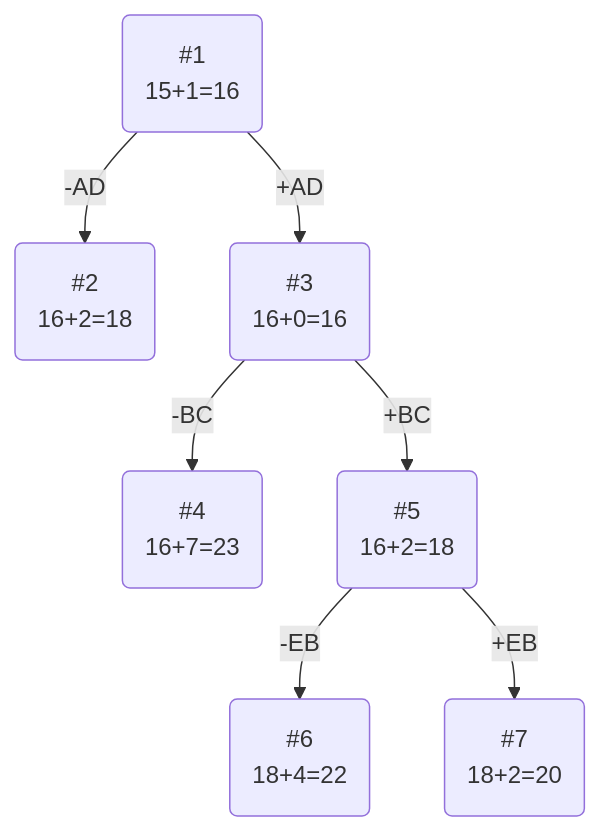
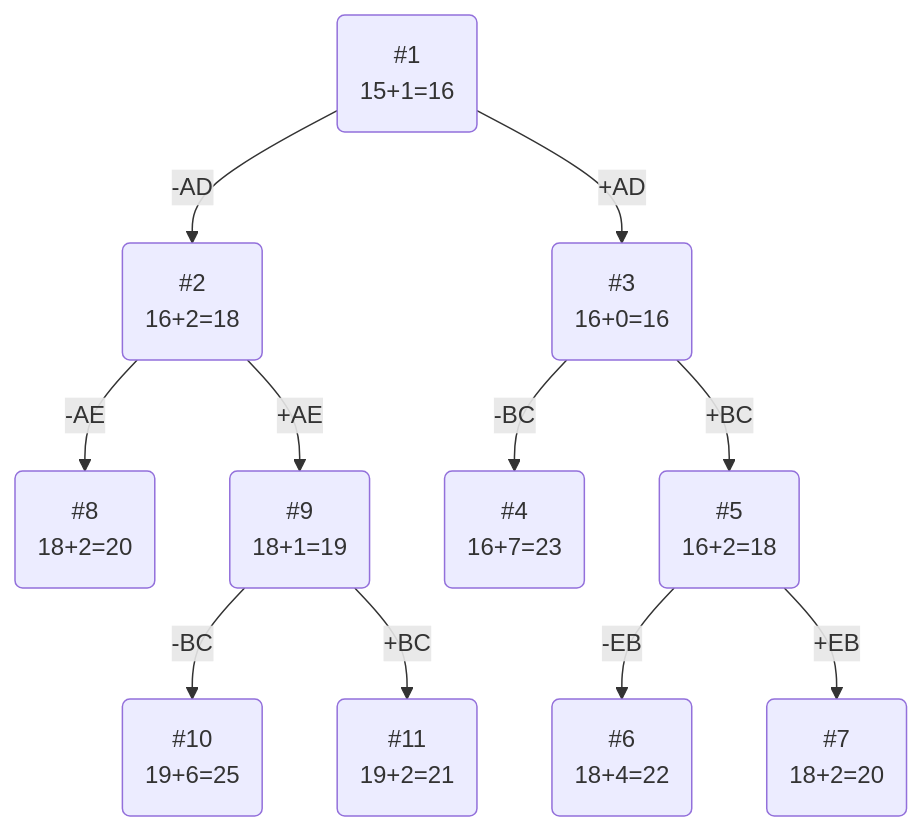
One commit to HSE-algo-23-crow/manual_tasks changed the diagram in task_20/citrine.md. Above: the diagram before and after it, drawn with Mermaid. The commit also changed other lines of this file, not shown here.

````diff
--- a/task_20/citrine.md
+++ b/task_20/citrine.md
@@ -78,9 +78,13 @@
 ```mermaid
 graph TB
     1(#1\n15+1=16)-->|-AD|2(#2\n16+2=18)
     1-->|+AD|3(#3\n16+0=16)
     3-->|-BC|4(#4\n16+7=23)
     3-->|+BC|5(#5\n16+2=18)
     5-->|-EB|6(#6\n18+4=22)
     5-->|+EB|7(#7\n18+2=20)
+    2-->|-AE|8(#8\n18+2=20)
+    2-->|+AE|9(#9\n18+1=19)
+    9-->|-BC|10(#10\n19+6=25)
+    9-->|+BC|11(#11\n19+2=21)
 ```
````
